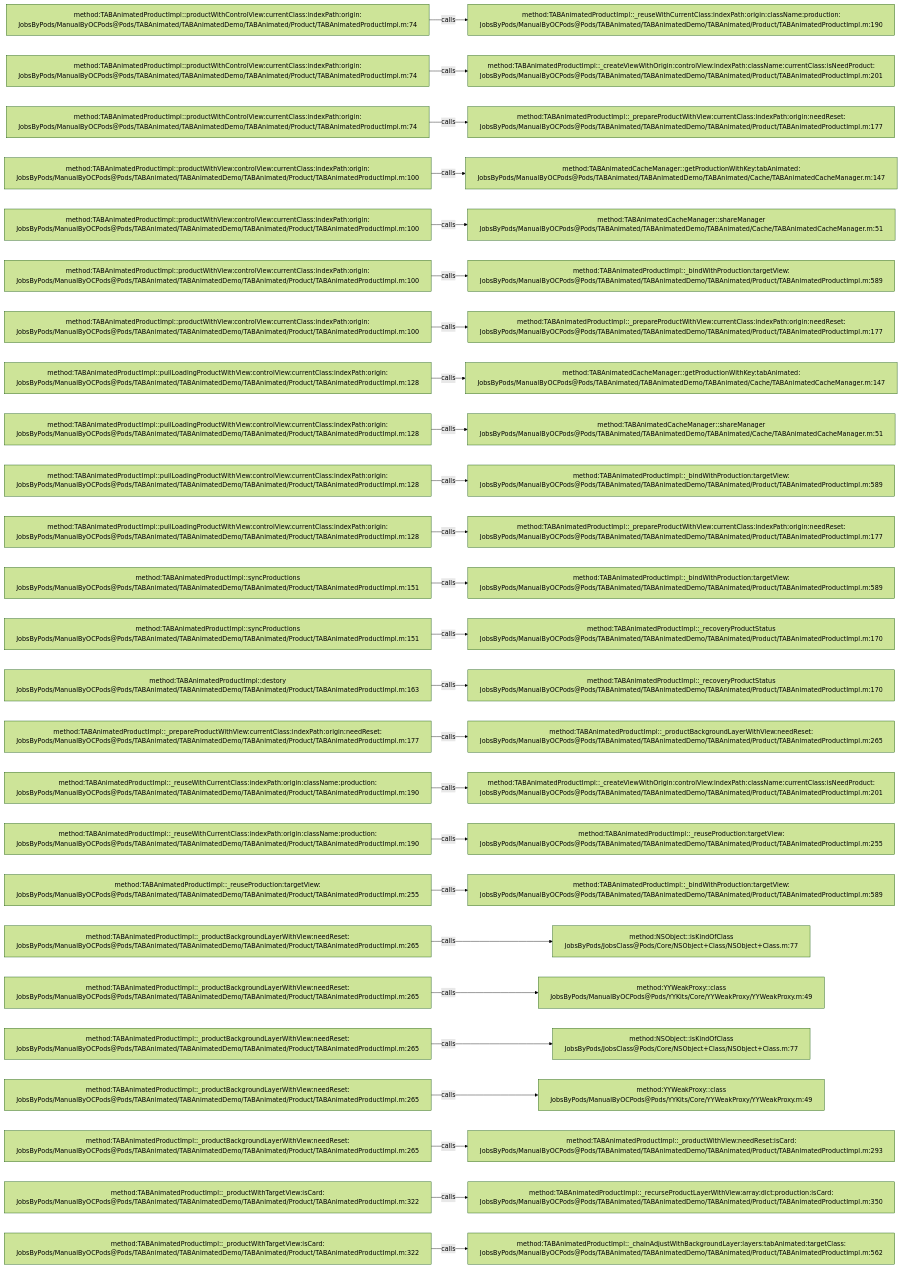
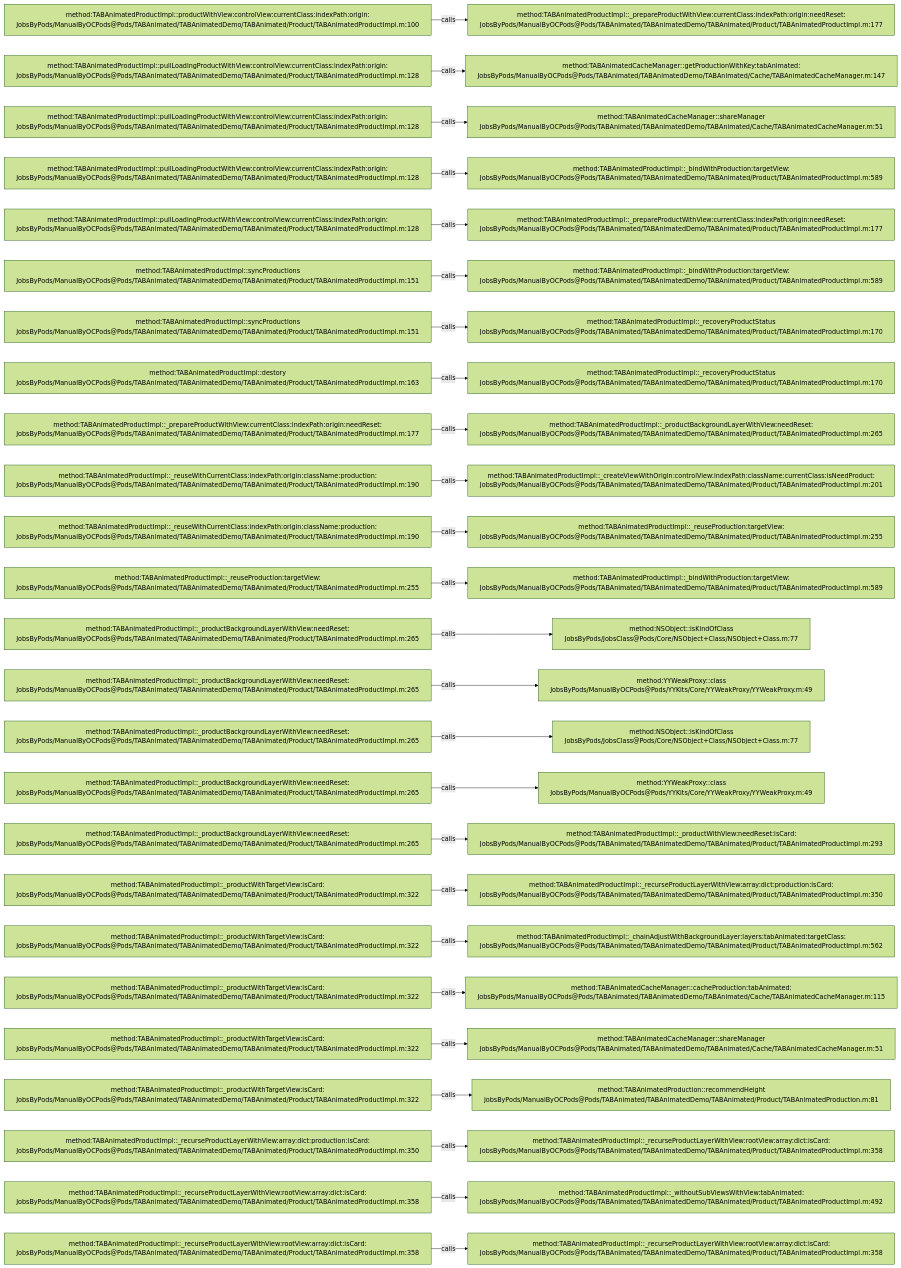
The diagram in .codegraph/codegraph.md/graphs/calls-027.md (JobsKits/JobsOCBaseConfigDemo), drawn with Mermaid (forest theme) before and after one commit. The commit also changed 666 other files, not shown here.

````diff
--- a/.codegraph/codegraph.md/graphs/calls-027.md
+++ b/.codegraph/codegraph.md/graphs/calls-027.md
@@ -13,78 +13,78 @@
 ```mermaid
 flowchart LR
-  S1["method:TABAnimatedProductImpl::productWithControlView:currentClass:indexPath:origin:<br/>JobsByPods/ManualByOCPods@Pods/TABAnimated/TABAnimatedDemo/TABAnimated/Product/TABAnimatedProductImpl.m:74"]
-  T1["method:TABAnimatedProductImpl::_reuseWithCurrentClass:indexPath:origin:className:production:<br/>JobsByPods/ManualByOCPods@Pods/TABAnimated/TABAnimatedDemo/TABAnimated/Product/TABAnimatedProductImpl.m:190"]
+  S1["method:TABAnimatedProductImpl::productWithView:controlView:currentClass:indexPath:origin:<br/>JobsByPods/ManualByOCPods@Pods/TABAnimated/TABAnimatedDemo/TABAnimated/Product/TABAnimatedProductImpl.m:100"]
+  T1["method:TABAnimatedProductImpl::_prepareProductWithView:currentClass:indexPath:origin:needReset:<br/>JobsByPods/ManualByOCPods@Pods/TABAnimated/TABAnimatedDemo/TABAnimated/Product/TABAnimatedProductImpl.m:177"]
   S1 -->|calls| T1
-  S2["method:TABAnimatedProductImpl::productWithControlView:currentClass:indexPath:origin:<br/>JobsByPods/ManualByOCPods@Pods/TABAnimated/TABAnimatedDemo/TABAnimated/Product/TABAnimatedProductImpl.m:74"]
-  T2["method:TABAnimatedProductImpl::_createViewWithOrigin:controlView:indexPath:className:currentClass:isNeedProduct:<br/>JobsByPods/ManualByOCPods@Pods/TABAnimated/TABAnimatedDemo/TABAnimated/Product/TABAnimatedProductImpl.m:201"]
+  S2["method:TABAnimatedProductImpl::pullLoadingProductWithView:controlView:currentClass:indexPath:origin:<br/>JobsByPods/ManualByOCPods@Pods/TABAnimated/TABAnimatedDemo/TABAnimated/Product/TABAnimatedProductImpl.m:128"]
+  T2["method:TABAnimatedCacheManager::getProductionWithKey:tabAnimated:<br/>JobsByPods/ManualByOCPods@Pods/TABAnimated/TABAnimatedDemo/TABAnimated/Cache/TABAnimatedCacheManager.m:147"]
   S2 -->|calls| T2
-  S3["method:TABAnimatedProductImpl::productWithControlView:currentClass:indexPath:origin:<br/>JobsByPods/ManualByOCPods@Pods/TABAnimated/TABAnimatedDemo/TABAnimated/Product/TABAnimatedProductImpl.m:74"]
-  T3["method:TABAnimatedProductImpl::_prepareProductWithView:currentClass:indexPath:origin:needReset:<br/>JobsByPods/ManualByOCPods@Pods/TABAnimated/TABAnimatedDemo/TABAnimated/Product/TABAnimatedProductImpl.m:177"]
+  S3["method:TABAnimatedProductImpl::pullLoadingProductWithView:controlView:currentClass:indexPath:origin:<br/>JobsByPods/ManualByOCPods@Pods/TABAnimated/TABAnimatedDemo/TABAnimated/Product/TABAnimatedProductImpl.m:128"]
+  T3["method:TABAnimatedCacheManager::shareManager<br/>JobsByPods/ManualByOCPods@Pods/TABAnimated/TABAnimatedDemo/TABAnimated/Cache/TABAnimatedCacheManager.m:51"]
   S3 -->|calls| T3
-  S4["method:TABAnimatedProductImpl::productWithView:controlView:currentClass:indexPath:origin:<br/>JobsByPods/ManualByOCPods@Pods/TABAnimated/TABAnimatedDemo/TABAnimated/Product/TABAnimatedProductImpl.m:100"]
-  T4["method:TABAnimatedCacheManager::getProductionWithKey:tabAnimated:<br/>JobsByPods/ManualByOCPods@Pods/TABAnimated/TABAnimatedDemo/TABAnimated/Cache/TABAnimatedCacheManager.m:147"]
+  S4["method:TABAnimatedProductImpl::pullLoadingProductWithView:controlView:currentClass:indexPath:origin:<br/>JobsByPods/ManualByOCPods@Pods/TABAnimated/TABAnimatedDemo/TABAnimated/Product/TABAnimatedProductImpl.m:128"]
+  T4["method:TABAnimatedProductImpl::_bindWithProduction:targetView:<br/>JobsByPods/ManualByOCPods@Pods/TABAnimated/TABAnimatedDemo/TABAnimated/Product/TABAnimatedProductImpl.m:589"]
   S4 -->|calls| T4
-  S5["method:TABAnimatedProductImpl::productWithView:controlView:currentClass:indexPath:origin:<br/>JobsByPods/ManualByOCPods@Pods/TABAnimated/TABAnimatedDemo/TABAnimated/Product/TABAnimatedProductImpl.m:100"]
-  T5["method:TABAnimatedCacheManager::shareManager<br/>JobsByPods/ManualByOCPods@Pods/TABAnimated/TABAnimatedDemo/TABAnimated/Cache/TABAnimatedCacheManager.m:51"]
+  S5["method:TABAnimatedProductImpl::pullLoadingProductWithView:controlView:currentClass:indexPath:origin:<br/>JobsByPods/ManualByOCPods@Pods/TABAnimated/TABAnimatedDemo/TABAnimated/Product/TABAnimatedProductImpl.m:128"]
+  T5["method:TABAnimatedProductImpl::_prepareProductWithView:currentClass:indexPath:origin:needReset:<br/>JobsByPods/ManualByOCPods@Pods/TABAnimated/TABAnimatedDemo/TABAnimated/Product/TABAnimatedProductImpl.m:177"]
   S5 -->|calls| T5
-  S6["method:TABAnimatedProductImpl::productWithView:controlView:currentClass:indexPath:origin:<br/>JobsByPods/ManualByOCPods@Pods/TABAnimated/TABAnimatedDemo/TABAnimated/Product/TABAnimatedProductImpl.m:100"]
+  S6["method:TABAnimatedProductImpl::syncProductions<br/>JobsByPods/ManualByOCPods@Pods/TABAnimated/TABAnimatedDemo/TABAnimated/Product/TABAnimatedProductImpl.m:151"]
   T6["method:TABAnimatedProductImpl::_bindWithProduction:targetView:<br/>JobsByPods/ManualByOCPods@Pods/TABAnimated/TABAnimatedDemo/TABAnimated/Product/TABAnimatedProductImpl.m:589"]
   S6 -->|calls| T6
-  S7["method:TABAnimatedProductImpl::productWithView:controlView:currentClass:indexPath:origin:<br/>JobsByPods/ManualByOCPods@Pods/TABAnimated/TABAnimatedDemo/TABAnimated/Product/TABAnimatedProductImpl.m:100"]
-  T7["method:TABAnimatedProductImpl::_prepareProductWithView:currentClass:indexPath:origin:needReset:<br/>JobsByPods/ManualByOCPods@Pods/TABAnimated/TABAnimatedDemo/TABAnimated/Product/TABAnimatedProductImpl.m:177"]
+  S7["method:TABAnimatedProductImpl::syncProductions<br/>JobsByPods/ManualByOCPods@Pods/TABAnimated/TABAnimatedDemo/TABAnimated/Product/TABAnimatedProductImpl.m:151"]
+  T7["method:TABAnimatedProductImpl::_recoveryProductStatus<br/>JobsByPods/ManualByOCPods@Pods/TABAnimated/TABAnimatedDemo/TABAnimated/Product/TABAnimatedProductImpl.m:170"]
   S7 -->|calls| T7
-  S8["method:TABAnimatedProductImpl::pullLoadingProductWithView:controlView:currentClass:indexPath:origin:<br/>JobsByPods/ManualByOCPods@Pods/TABAnimated/TABAnimatedDemo/TABAnimated/Product/TABAnimatedProductImpl.m:128"]
-  T8["method:TABAnimatedCacheManager::getProductionWithKey:tabAnimated:<br/>JobsByPods/ManualByOCPods@Pods/TABAnimated/TABAnimatedDemo/TABAnimated/Cache/TABAnimatedCacheManager.m:147"]
+  S8["method:TABAnimatedProductImpl::destory<br/>JobsByPods/ManualByOCPods@Pods/TABAnimated/TABAnimatedDemo/TABAnimated/Product/TABAnimatedProductImpl.m:163"]
+  T8["method:TABAnimatedProductImpl::_recoveryProductStatus<br/>JobsByPods/ManualByOCPods@Pods/TABAnimated/TABAnimatedDemo/TABAnimated/Product/TABAnimatedProductImpl.m:170"]
   S8 -->|calls| T8
-  S9["method:TABAnimatedProductImpl::pullLoadingProductWithView:controlView:currentClass:indexPath:origin:<br/>JobsByPods/ManualByOCPods@Pods/TABAnimated/TABAnimatedDemo/TABAnimated/Product/TABAnimatedProductImpl.m:128"]
-  T9["method:TABAnimatedCacheManager::shareManager<br/>JobsByPods/ManualByOCPods@Pods/TABAnimated/TABAnimatedDemo/TABAnimated/Cache/TABAnimatedCacheManager.m:51"]
+  S9["method:TABAnimatedProductImpl::_prepareProductWithView:currentClass:indexPath:origin:needReset:<br/>JobsByPods/ManualByOCPods@Pods/TABAnimated/TABAnimatedDemo/TABAnimated/Product/TABAnimatedProductImpl.m:177"]
+  T9["method:TABAnimatedProductImpl::_productBackgroundLayerWithView:needReset:<br/>JobsByPods/ManualByOCPods@Pods/TABAnimated/TABAnimatedDemo/TABAnimated/Product/TABAnimatedProductImpl.m:265"]
   S9 -->|calls| T9
-  S10["method:TABAnimatedProductImpl::pullLoadingProductWithView:controlView:currentClass:indexPath:origin:<br/>JobsByPods/ManualByOCPods@Pods/TABAnimated/TABAnimatedDemo/TABAnimated/Product/TABAnimatedProductImpl.m:128"]
-  T10["method:TABAnimatedProductImpl::_bindWithProduction:targetView:<br/>JobsByPods/ManualByOCPods@Pods/TABAnimated/TABAnimatedDemo/TABAnimated/Product/TABAnimatedProductImpl.m:589"]
+  S10["method:TABAnimatedProductImpl::_reuseWithCurrentClass:indexPath:origin:className:production:<br/>JobsByPods/ManualByOCPods@Pods/TABAnimated/TABAnimatedDemo/TABAnimated/Product/TABAnimatedProductImpl.m:190"]
+  T10["method:TABAnimatedProductImpl::_createViewWithOrigin:controlView:indexPath:className:currentClass:isNeedProduct:<br/>JobsByPods/ManualByOCPods@Pods/TABAnimated/TABAnimatedDemo/TABAnimated/Product/TABAnimatedProductImpl.m:201"]
   S10 -->|calls| T10
-  S11["method:TABAnimatedProductImpl::pullLoadingProductWithView:controlView:currentClass:indexPath:origin:<br/>JobsByPods/ManualByOCPods@Pods/TABAnimated/TABAnimatedDemo/TABAnimated/Product/TABAnimatedProductImpl.m:128"]
-  T11["method:TABAnimatedProductImpl::_prepareProductWithView:currentClass:indexPath:origin:needReset:<br/>JobsByPods/ManualByOCPods@Pods/TABAnimated/TABAnimatedDemo/TABAnimated/Product/TABAnimatedProductImpl.m:177"]
+  S11["method:TABAnimatedProductImpl::_reuseWithCurrentClass:indexPath:origin:className:production:<br/>JobsByPods/ManualByOCPods@Pods/TABAnimated/TABAnimatedDemo/TABAnimated/Product/TABAnimatedProductImpl.m:190"]
+  T11["method:TABAnimatedProductImpl::_reuseProduction:targetView:<br/>JobsByPods/ManualByOCPods@Pods/TABAnimated/TABAnimatedDemo/TABAnimated/Product/TABAnimatedProductImpl.m:255"]
   S11 -->|calls| T11
-  S12["method:TABAnimatedProductImpl::syncProductions<br/>JobsByPods/ManualByOCPods@Pods/TABAnimated/TABAnimatedDemo/TABAnimated/Product/TABAnimatedProductImpl.m:151"]
+  S12["method:TABAnimatedProductImpl::_reuseProduction:targetView:<br/>JobsByPods/ManualByOCPods@Pods/TABAnimated/TABAnimatedDemo/TABAnimated/Product/TABAnimatedProductImpl.m:255"]
   T12["method:TABAnimatedProductImpl::_bindWithProduction:targetView:<br/>JobsByPods/ManualByOCPods@Pods/TABAnimated/TABAnimatedDemo/TABAnimated/Product/TABAnimatedProductImpl.m:589"]
   S12 -->|calls| T12
-  S13["method:TABAnimatedProductImpl::syncProductions<br/>JobsByPods/ManualByOCPods@Pods/TABAnimated/TABAnimatedDemo/TABAnimated/Product/TABAnimatedProductImpl.m:151"]
-  T13["method:TABAnimatedProductImpl::_recoveryProductStatus<br/>JobsByPods/ManualByOCPods@Pods/TABAnimated/TABAnimatedDemo/TABAnimated/Product/TABAnimatedProductImpl.m:170"]
+  S13["method:TABAnimatedProductImpl::_productBackgroundLayerWithView:needReset:<br/>JobsByPods/ManualByOCPods@Pods/TABAnimated/TABAnimatedDemo/TABAnimated/Product/TABAnimatedProductImpl.m:265"]
+  T13["method:NSObject::isKindOfClass<br/>JobsByPods/JobsClass@Pods/Core/NSObject+Class/NSObject+Class.m:77"]
   S13 -->|calls| T13
-  S14["method:TABAnimatedProductImpl::destory<br/>JobsByPods/ManualByOCPods@Pods/TABAnimated/TABAnimatedDemo/TABAnimated/Product/TABAnimatedProductImpl.m:163"]
-  T14["method:TABAnimatedProductImpl::_recoveryProductStatus<br/>JobsByPods/ManualByOCPods@Pods/TABAnimated/TABAnimatedDemo/TABAnimated/Product/TABAnimatedProductImpl.m:170"]
+  S14["method:TABAnimatedProductImpl::_productBackgroundLayerWithView:needReset:<br/>JobsByPods/ManualByOCPods@Pods/TABAnimated/TABAnimatedDemo/TABAnimated/Product/TABAnimatedProductImpl.m:265"]
+  T14["method:YYWeakProxy::class<br/>JobsByPods/ManualByOCPods@Pods/YYKits/Core/YYWeakProxy/YYWeakProxy.m:49"]
   S14 -->|calls| T14
-  S15["method:TABAnimatedProductImpl::_prepareProductWithView:currentClass:indexPath:origin:needReset:<br/>JobsByPods/ManualByOCPods@Pods/TABAnimated/TABAnimatedDemo/TABAnimated/Product/TABAnimatedProductImpl.m:177"]
-  T15["method:TABAnimatedProductImpl::_productBackgroundLayerWithView:needReset:<br/>JobsByPods/ManualByOCPods@Pods/TABAnimated/TABAnimatedDemo/TABAnimated/Product/TABAnimatedProductImpl.m:265"]
+  S15["method:TABAnimatedProductImpl::_productBackgroundLayerWithView:needReset:<br/>JobsByPods/ManualByOCPods@Pods/TABAnimated/TABAnimatedDemo/TABAnimated/Product/TABAnimatedProductImpl.m:265"]
+  T15["method:NSObject::isKindOfClass<br/>JobsByPods/JobsClass@Pods/Core/NSObject+Class/NSObject+Class.m:77"]
   S15 -->|calls| T15
-  S16["method:TABAnimatedProductImpl::_reuseWithCurrentClass:indexPath:origin:className:production:<br/>JobsByPods/ManualByOCPods@Pods/TABAnimated/TABAnimatedDemo/TABAnimated/Product/TABAnimatedProductImpl.m:190"]
-  T16["method:TABAnimatedProductImpl::_createViewWithOrigin:controlView:indexPath:className:currentClass:isNeedProduct:<br/>JobsByPods/ManualByOCPods@Pods/TABAnimated/TABAnimatedDemo/TABAnimated/Product/TABAnimatedProductImpl.m:201"]
+  S16["method:TABAnimatedProductImpl::_productBackgroundLayerWithView:needReset:<br/>JobsByPods/ManualByOCPods@Pods/TABAnimated/TABAnimatedDemo/TABAnimated/Product/TABAnimatedProductImpl.m:265"]
+  T16["method:YYWeakProxy::class<br/>JobsByPods/ManualByOCPods@Pods/YYKits/Core/YYWeakProxy/YYWeakProxy.m:49"]
   S16 -->|calls| T16
-  S17["method:TABAnimatedProductImpl::_reuseWithCurrentClass:indexPath:origin:className:production:<br/>JobsByPods/ManualByOCPods@Pods/TABAnimated/TABAnimatedDemo/TABAnimated/Product/TABAnimatedProductImpl.m:190"]
-  T17["method:TABAnimatedProductImpl::_reuseProduction:targetView:<br/>JobsByPods/ManualByOCPods@Pods/TABAnimated/TABAnimatedDemo/TABAnimated/Product/TABAnimatedProductImpl.m:255"]
+  S17["method:TABAnimatedProductImpl::_productBackgroundLayerWithView:needReset:<br/>JobsByPods/ManualByOCPods@Pods/TABAnimated/TABAnimatedDemo/TABAnimated/Product/TABAnimatedProductImpl.m:265"]
+  T17["method:TABAnimatedProductImpl::_productWithView:needReset:isCard:<br/>JobsByPods/ManualByOCPods@Pods/TABAnimated/TABAnimatedDemo/TABAnimated/Product/TABAnimatedProductImpl.m:293"]
   S17 -->|calls| T17
-  S18["method:TABAnimatedProductImpl::_reuseProduction:targetView:<br/>JobsByPods/ManualByOCPods@Pods/TABAnimated/TABAnimatedDemo/TABAnimated/Product/TABAnimatedProductImpl.m:255"]
-  T18["method:TABAnimatedProductImpl::_bindWithProduction:targetView:<br/>JobsByPods/ManualByOCPods@Pods/TABAnimated/TABAnimatedDemo/TABAnimated/Product/TABAnimatedProductImpl.m:589"]
+  S18["method:TABAnimatedProductImpl::_productWithTargetView:isCard:<br/>JobsByPods/ManualByOCPods@Pods/TABAnimated/TABAnimatedDemo/TABAnimated/Product/TABAnimatedProductImpl.m:322"]
+  T18["method:TABAnimatedProductImpl::_recurseProductLayerWithView:array:dict:production:isCard:<br/>JobsByPods/ManualByOCPods@Pods/TABAnimated/TABAnimatedDemo/TABAnimated/Product/TABAnimatedProductImpl.m:350"]
   S18 -->|calls| T18
-  S19["method:TABAnimatedProductImpl::_productBackgroundLayerWithView:needReset:<br/>JobsByPods/ManualByOCPods@Pods/TABAnimated/TABAnimatedDemo/TABAnimated/Product/TABAnimatedProductImpl.m:265"]
-  T19["method:NSObject::isKindOfClass<br/>JobsByPods/JobsClass@Pods/Core/NSObject+Class/NSObject+Class.m:77"]
+  S19["method:TABAnimatedProductImpl::_productWithTargetView:isCard:<br/>JobsByPods/ManualByOCPods@Pods/TABAnimated/TABAnimatedDemo/TABAnimated/Product/TABAnimatedProductImpl.m:322"]
+  T19["method:TABAnimatedProductImpl::_chainAdjustWithBackgroundLayer:layers:tabAnimated:targetClass:<br/>JobsByPods/ManualByOCPods@Pods/TABAnimated/TABAnimatedDemo/TABAnimated/Product/TABAnimatedProductImpl.m:562"]
   S19 -->|calls| T19
-  S20["method:TABAnimatedProductImpl::_productBackgroundLayerWithView:needReset:<br/>JobsByPods/ManualByOCPods@Pods/TABAnimated/TABAnimatedDemo/TABAnimated/Product/TABAnimatedProductImpl.m:265"]
-  T20["method:YYWeakProxy::class<br/>JobsByPods/ManualByOCPods@Pods/YYKits/Core/YYWeakProxy/YYWeakProxy.m:49"]
+  S20["method:TABAnimatedProductImpl::_productWithTargetView:isCard:<br/>JobsByPods/ManualByOCPods@Pods/TABAnimated/TABAnimatedDemo/TABAnimated/Product/TABAnimatedProductImpl.m:322"]
+  T20["method:TABAnimatedCacheManager::cacheProduction:tabAnimated:<br/>JobsByPods/ManualByOCPods@Pods/TABAnimated/TABAnimatedDemo/TABAnimated/Cache/TABAnimatedCacheManager.m:115"]
   S20 -->|calls| T20
-  S21["method:TABAnimatedProductImpl::_productBackgroundLayerWithView:needReset:<br/>JobsByPods/ManualByOCPods@Pods/TABAnimated/TABAnimatedDemo/TABAnimated/Product/TABAnimatedProductImpl.m:265"]
-  T21["method:NSObject::isKindOfClass<br/>JobsByPods/JobsClass@Pods/Core/NSObject+Class/NSObject+Class.m:77"]
+  S21["method:TABAnimatedProductImpl::_productWithTargetView:isCard:<br/>JobsByPods/ManualByOCPods@Pods/TABAnimated/TABAnimatedDemo/TABAnimated/Product/TABAnimatedProductImpl.m:322"]
+  T21["method:TABAnimatedCacheManager::shareManager<br/>JobsByPods/ManualByOCPods@Pods/TABAnimated/TABAnimatedDemo/TABAnimated/Cache/TABAnimatedCacheManager.m:51"]
   S21 -->|calls| T21
-  S22["method:TABAnimatedProductImpl::_productBackgroundLayerWithView:needReset:<br/>JobsByPods/ManualByOCPods@Pods/TABAnimated/TABAnimatedDemo/TABAnimated/Product/TABAnimatedProductImpl.m:265"]
-  T22["method:YYWeakProxy::class<br/>JobsByPods/ManualByOCPods@Pods/YYKits/Core/YYWeakProxy/YYWeakProxy.m:49"]
+  S22["method:TABAnimatedProductImpl::_productWithTargetView:isCard:<br/>JobsByPods/ManualByOCPods@Pods/TABAnimated/TABAnimatedDemo/TABAnimated/Product/TABAnimatedProductImpl.m:322"]
+  T22["method:TABAnimatedProduction::recommendHeight<br/>JobsByPods/ManualByOCPods@Pods/TABAnimated/TABAnimatedDemo/TABAnimated/Product/TABAnimatedProduction.m:81"]
   S22 -->|calls| T22
-  S23["method:TABAnimatedProductImpl::_productBackgroundLayerWithView:needReset:<br/>JobsByPods/ManualByOCPods@Pods/TABAnimated/TABAnimatedDemo/TABAnimated/Product/TABAnimatedProductImpl.m:265"]
-  T23["method:TABAnimatedProductImpl::_productWithView:needReset:isCard:<br/>JobsByPods/ManualByOCPods@Pods/TABAnimated/TABAnimatedDemo/TABAnimated/Product/TABAnimatedProductImpl.m:293"]
+  S23["method:TABAnimatedProductImpl::_recurseProductLayerWithView:array:dict:production:isCard:<br/>JobsByPods/ManualByOCPods@Pods/TABAnimated/TABAnimatedDemo/TABAnimated/Product/TABAnimatedProductImpl.m:350"]
+  T23["method:TABAnimatedProductImpl::_recurseProductLayerWithView:rootView:array:dict:isCard:<br/>JobsByPods/ManualByOCPods@Pods/TABAnimated/TABAnimatedDemo/TABAnimated/Product/TABAnimatedProductImpl.m:358"]
   S23 -->|calls| T23
-  S24["method:TABAnimatedProductImpl::_productWithTargetView:isCard:<br/>JobsByPods/ManualByOCPods@Pods/TABAnimated/TABAnimatedDemo/TABAnimated/Product/TABAnimatedProductImpl.m:322"]
-  T24["method:TABAnimatedProductImpl::_recurseProductLayerWithView:array:dict:production:isCard:<br/>JobsByPods/ManualByOCPods@Pods/TABAnimated/TABAnimatedDemo/TABAnimated/Product/TABAnimatedProductImpl.m:350"]
+  S24["method:TABAnimatedProductImpl::_recurseProductLayerWithView:rootView:array:dict:isCard:<br/>JobsByPods/ManualByOCPods@Pods/TABAnimated/TABAnimatedDemo/TABAnimated/Product/TABAnimatedProductImpl.m:358"]
+  T24["method:TABAnimatedProductImpl::_withoutSubViewsWithView:tabAnimated:<br/>JobsByPods/ManualByOCPods@Pods/TABAnimated/TABAnimatedDemo/TABAnimated/Product/TABAnimatedProductImpl.m:492"]
   S24 -->|calls| T24
-  S25["method:TABAnimatedProductImpl::_productWithTargetView:isCard:<br/>JobsByPods/ManualByOCPods@Pods/TABAnimated/TABAnimatedDemo/TABAnimated/Product/TABAnimatedProductImpl.m:322"]
-  T25["method:TABAnimatedProductImpl::_chainAdjustWithBackgroundLayer:layers:tabAnimated:targetClass:<br/>JobsByPods/ManualByOCPods@Pods/TABAnimated/TABAnimatedDemo/TABAnimated/Product/TABAnimatedProductImpl.m:562"]
+  S25["method:TABAnimatedProductImpl::_recurseProductLayerWithView:rootView:array:dict:isCard:<br/>JobsByPods/ManualByOCPods@Pods/TABAnimated/TABAnimatedDemo/TABAnimated/Product/TABAnimatedProductImpl.m:358"]
+  T25["method:TABAnimatedProductImpl::_recurseProductLayerWithView:rootView:array:dict:isCard:<br/>JobsByPods/ManualByOCPods@Pods/TABAnimated/TABAnimatedDemo/TABAnimated/Product/TABAnimatedProductImpl.m:358"]
   S25 -->|calls| T25
 ```
````
